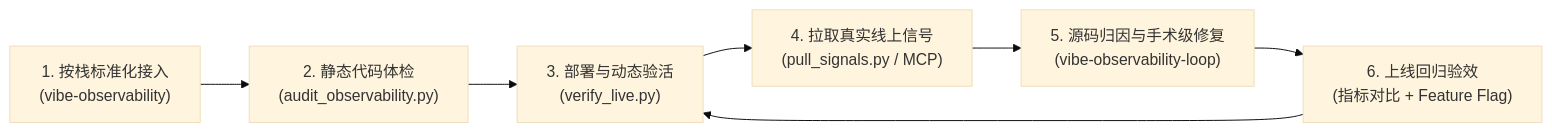
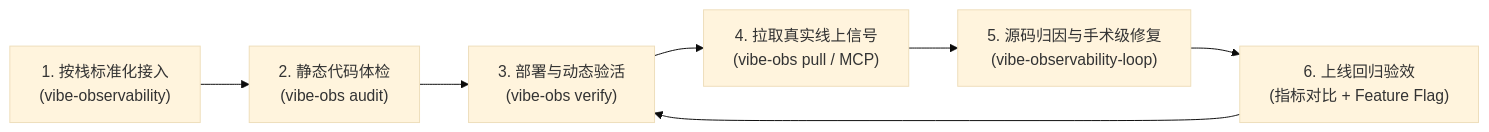
One commit to realchendahuang/vibe-observability changed the diagram in README_ZH.md. Above: the diagram before and after it, drawn with Mermaid (base theme). The commit also changed other lines of this file and 22 other files, not shown here.

Commit message:
feat: v0.3.0 uvx vibe-obs CLI, rule ignore config, Clarity/Prometheus pullers & benchmark

````diff
--- a/README_ZH.md
+++ b/README_ZH.md
@@ -36,9 +75,9 @@
 ```mermaid
 flowchart LR
-    A["1. 按栈标准化接入\n(vibe-observability)"] --> B["2. 静态代码体检\n(audit_observability.py)"]
-    B --> C["3. 部署与动态验活\n(verify_live.py)"]
-    C --> D["4. 拉取真实线上信号\n(pull_signals.py / MCP)"]
+    A["1. 按栈标准化接入\n(vibe-observability)"] --> B["2. 静态代码体检\n(vibe-obs audit)"]
+    B --> C["3. 部署与动态验活\n(vibe-obs verify)"]
+    C --> D["4. 拉取真实线上信号\n(vibe-obs pull / MCP)"]
     D --> E["5. 源码归因与手术级修复\n(vibe-observability-loop)"]
     E --> F["6. 上线回归验效\n(指标对比 + Feature Flag)"]
     F --> C
 ```
````
